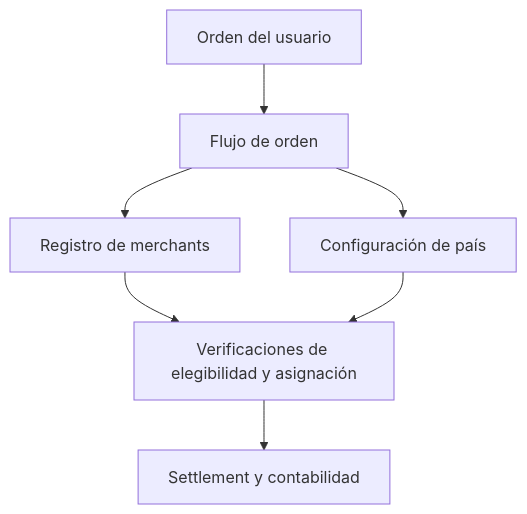
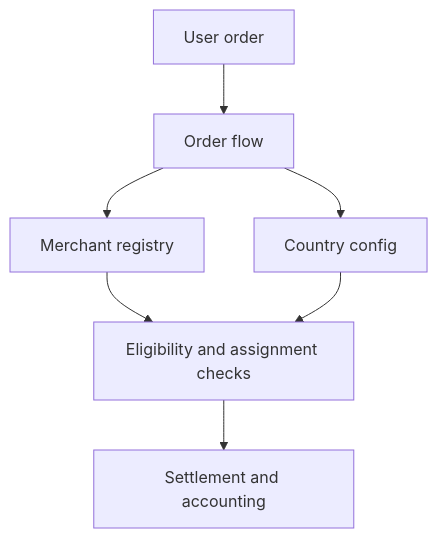
One commit to uditstocks/docs.p2pdotme changed the diagram in translations/es/for-merchants/circles-of-trust.md. Above: the diagram before and after it, drawn with Mermaid. The commit also changed other lines of this file and 263 other files, not shown here.

````diff
--- a/translations/es/for-merchants/circles-of-trust.md
+++ b/translations/es/for-merchants/circles-of-trust.md
@@ -12,16 +12,16 @@
 ```mermaid
 flowchart TD
-    user[Orden del usuario]
-    orderFlow[Flujo de orden]
-    registry[Registro de merchants]
-    country[Configuración de país]
-    assignment[Verificaciones de elegibilidad y asignación]
-    settlement[Settlement y contabilidad]
+    user[User order]
+    orderFlow[Order flow]
+    registry[Merchant registry]
+    country[Country config]
+    assignment[Eligibility and assignment checks]
+    settlement[Settlement and accounting]
 
     user --> orderFlow
     orderFlow --> registry
     orderFlow --> country
     registry --> assignment
     country --> assignment
     assignment --> settlement
 ```
````
